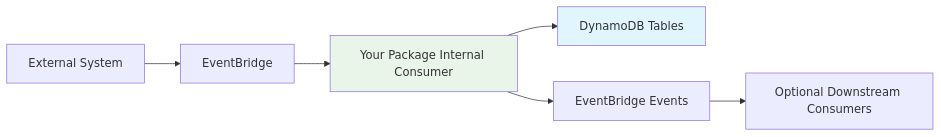
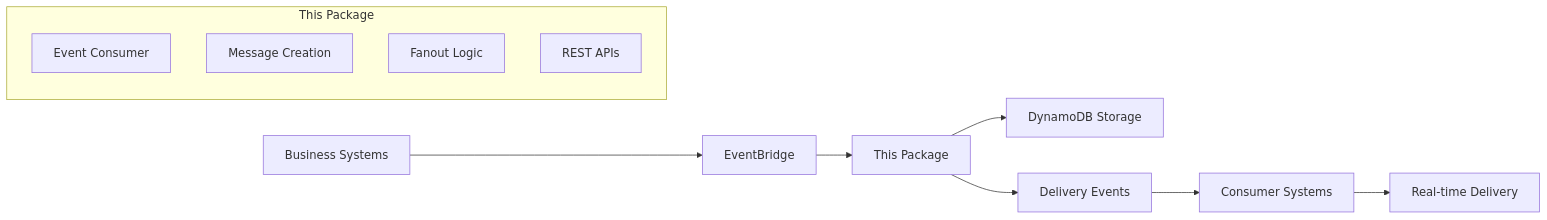
The first of 4 diagrams in README.md (ToldYaOnce/kx-notifications-and-messaging-cdk), drawn with Mermaid before and after one commit. The commit also changed other lines of this file and 11 other files, not shown here.

````diff
--- a/README.md
+++ b/README.md
@@ -1265,11 +23,16 @@
 ```mermaid
 graph LR
-    A[External System] --> B[EventBridge]
-    B --> C[Your Package Internal Consumer]
-    C --> D[DynamoDB Tables]
-    C --> E[EventBridge Events]
-    E --> F[Optional Downstream Consumers]
+    A[Business Systems] --> B[EventBridge]
+    B --> C[This Package]
+    C --> D[DynamoDB Storage]
+    C --> E[Delivery Events]
+    E --> F[Consumer Systems]
+    F --> G[Real-time Delivery]
     
-    style C fill:#e8f5e8
-    style D fill:#e1f5fe
+    subgraph "This Package"
+        C1[Event Consumer]
+        C2[Message Creation]
+        C3[Fanout Logic]
+        C4[REST APIs]
+    end
 ```
````
